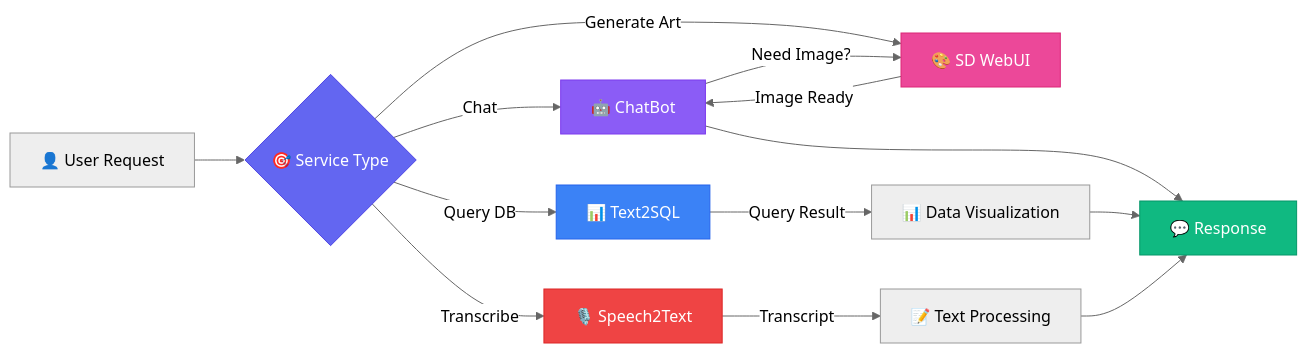
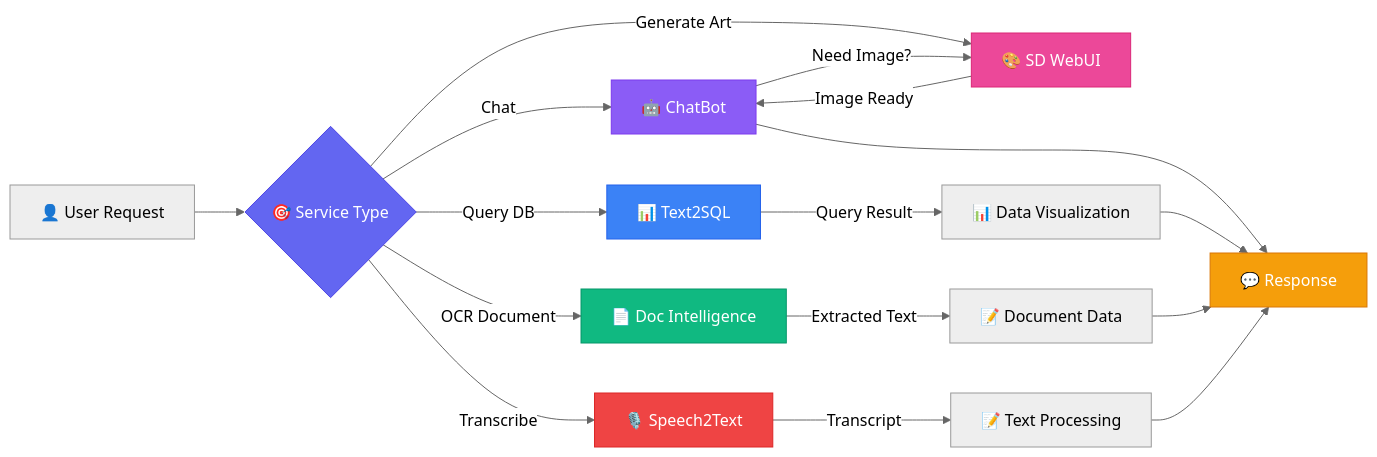
Before and after one commit to SkastVnT/AI-Assistant: the second of 18 diagrams in README.md, drawn with Mermaid (neutral theme). The commit also changed other lines of this file and 41 other files, not shown here.

First line of the commit message:
📄 docs: Add comprehensive Document Intelligence Service documentation to README

````diff
--- a/README.md
+++ b/README.md
@@ -215,26 +239,30 @@
 ```mermaid
 graph LR
     A[👤 User Request] --> B{🎯 Service Type}
     
     B -->|Chat| C1[🤖 ChatBot]
     B -->|Query DB| C2[📊 Text2SQL]
-    B -->|Transcribe| C3[🎙️ Speech2Text]
-    B -->|Generate Art| C4[🎨 SD WebUI]
+    B -->|OCR Document| C3[📄 Doc Intelligence]
+    B -->|Transcribe| C4[🎙️ Speech2Text]
+    B -->|Generate Art| C5[🎨 SD WebUI]
     
-    C1 -->|Need Image?| C4
-    C4 -->|Image Ready| C1
+    C1 -->|Need Image?| C5
+    C5 -->|Image Ready| C1
     
     C2 -->|Query Result| E[📊 Data Visualization]
-    C3 -->|Transcript| F[📝 Text Processing]
+    C3 -->|Extracted Text| F[📝 Document Data]
+    C4 -->|Transcript| G[📝 Text Processing]
     
-    C1 --> G[💬 Response]
-    E --> G
-    F --> G
+    C1 --> H[💬 Response]
+    E --> H
+    F --> H
+    G --> H
     
     style B fill:#6366F1,stroke:#4F46E5,color:#fff
     style C1 fill:#8B5CF6,stroke:#7C3AED,color:#fff
     style C2 fill:#3B82F6,stroke:#2563EB,color:#fff
-    style C3 fill:#EF4444,stroke:#DC2626,color:#fff
-    style C4 fill:#EC4899,stroke:#DB2777,color:#fff
-    style G fill:#10B981,stroke:#059669,color:#fff
+    style C3 fill:#10B981,stroke:#059669,color:#fff
+    style C4 fill:#EF4444,stroke:#DC2626,color:#fff
+    style C5 fill:#EC4899,stroke:#DB2777,color:#fff
+    style H fill:#F59E0B,stroke:#D97706,color:#fff
 ```
````
